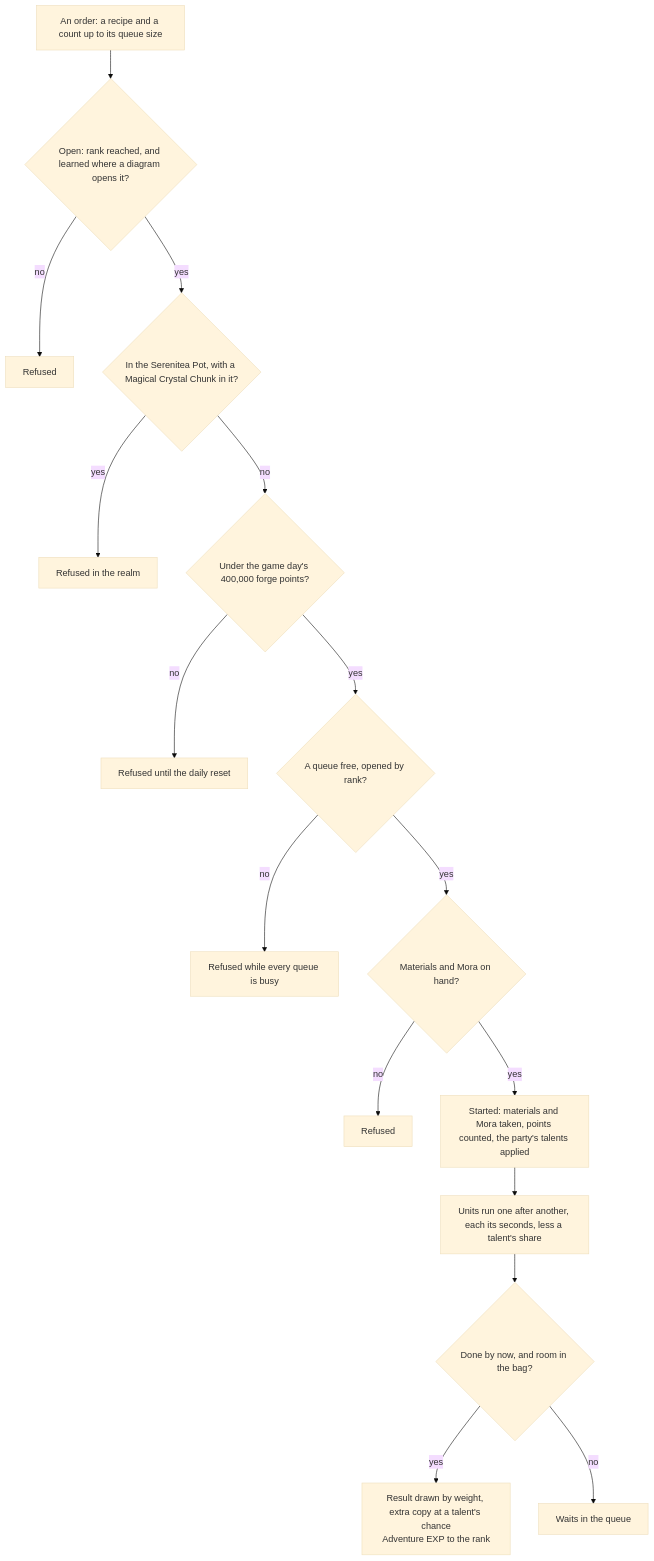
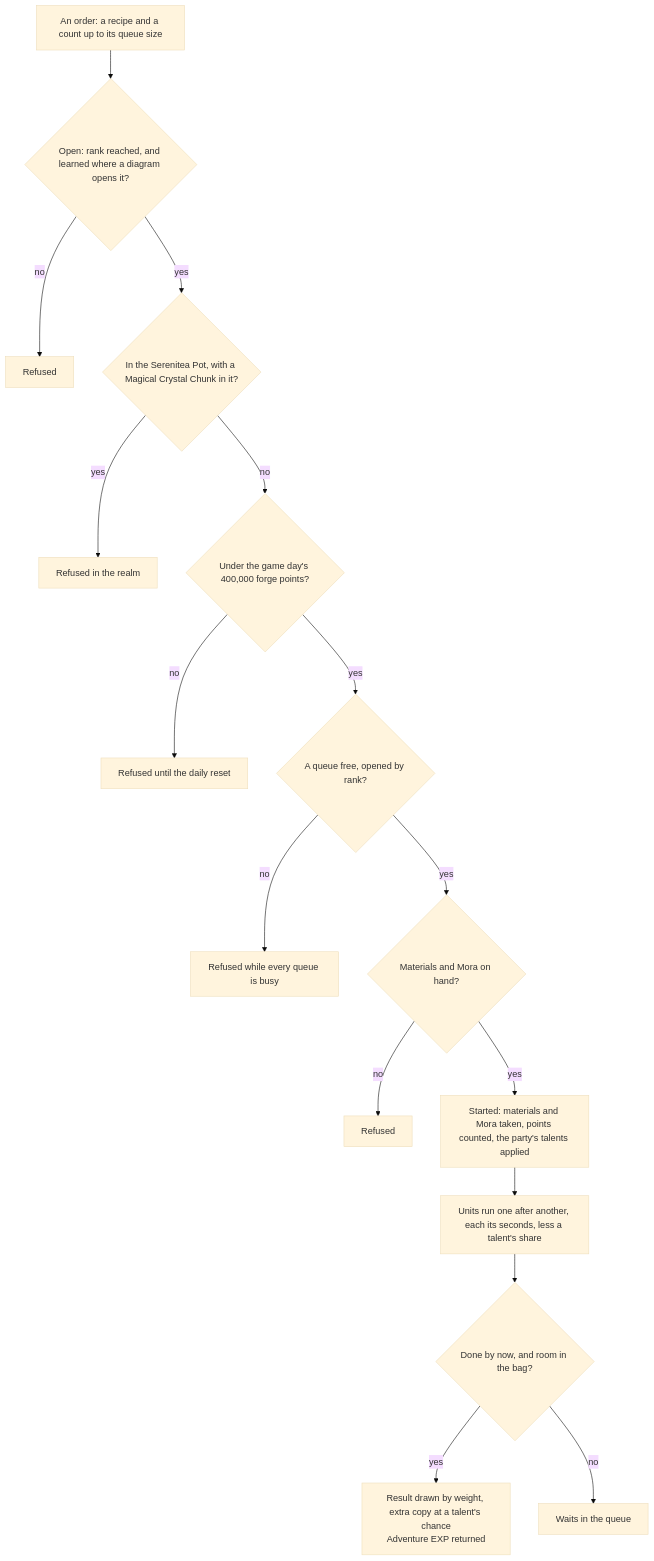
The diagram in apps/web/content/docs/genshin/forging.md (Esposter/Esposter), drawn with Mermaid (base theme) before and after one commit. The commit also changed other lines of this file, not shown here.

Commit message:
docs(genshin): forging's Adventure EXP is returned by the collection, not given to the rank, in the flow and the results rule
Answers: 4234128146

````diff
--- a/apps/web/content/docs/genshin/forging.md
+++ b/apps/web/content/docs/genshin/forging.md
@@ -12,18 +12,18 @@
 ```mermaid
 flowchart TD
   O["An order: a recipe and a count up to its queue size"] --> OPEN{"Open: rank reached, and learned where a diagram opens it?"}
   OPEN -->|"no"| R1["Refused"]
   OPEN -->|"yes"| REALM{"In the Serenitea Pot, with a Magical Crystal Chunk in it?"}
   REALM -->|"yes"| R2["Refused in the realm"]
   REALM -->|"no"| CAP{"Under the game day's 400,000 forge points?"}
   CAP -->|"no"| R3["Refused until the daily reset"]
   CAP -->|"yes"| Q{"A queue free, opened by rank?"}
   Q -->|"no"| R4["Refused while every queue is busy"]
   Q -->|"yes"| PAY{"Materials and Mora on hand?"}
   PAY -->|"no"| R5["Refused"]
   PAY -->|"yes"| RUN["Started: materials and Mora taken, points counted, the party's talents applied"]
   RUN --> U["Units run one after another, each its seconds, less a talent's share"]
   U --> C{"Done by now, and room in the bag?"}
-  C -->|"yes"| IN["Result drawn by weight, extra copy at a talent's chance<br/>Adventure EXP to the rank"]
+  C -->|"yes"| IN["Result drawn by weight, extra copy at a talent's chance<br/>Adventure EXP returned"]
   C -->|"no"| WQ["Waits in the queue"]
 ```
````
